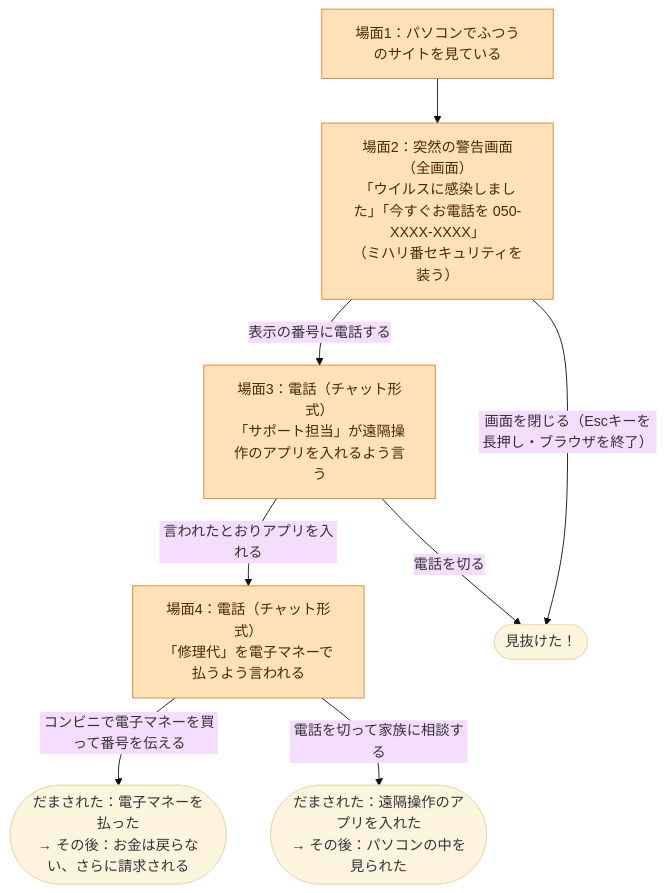
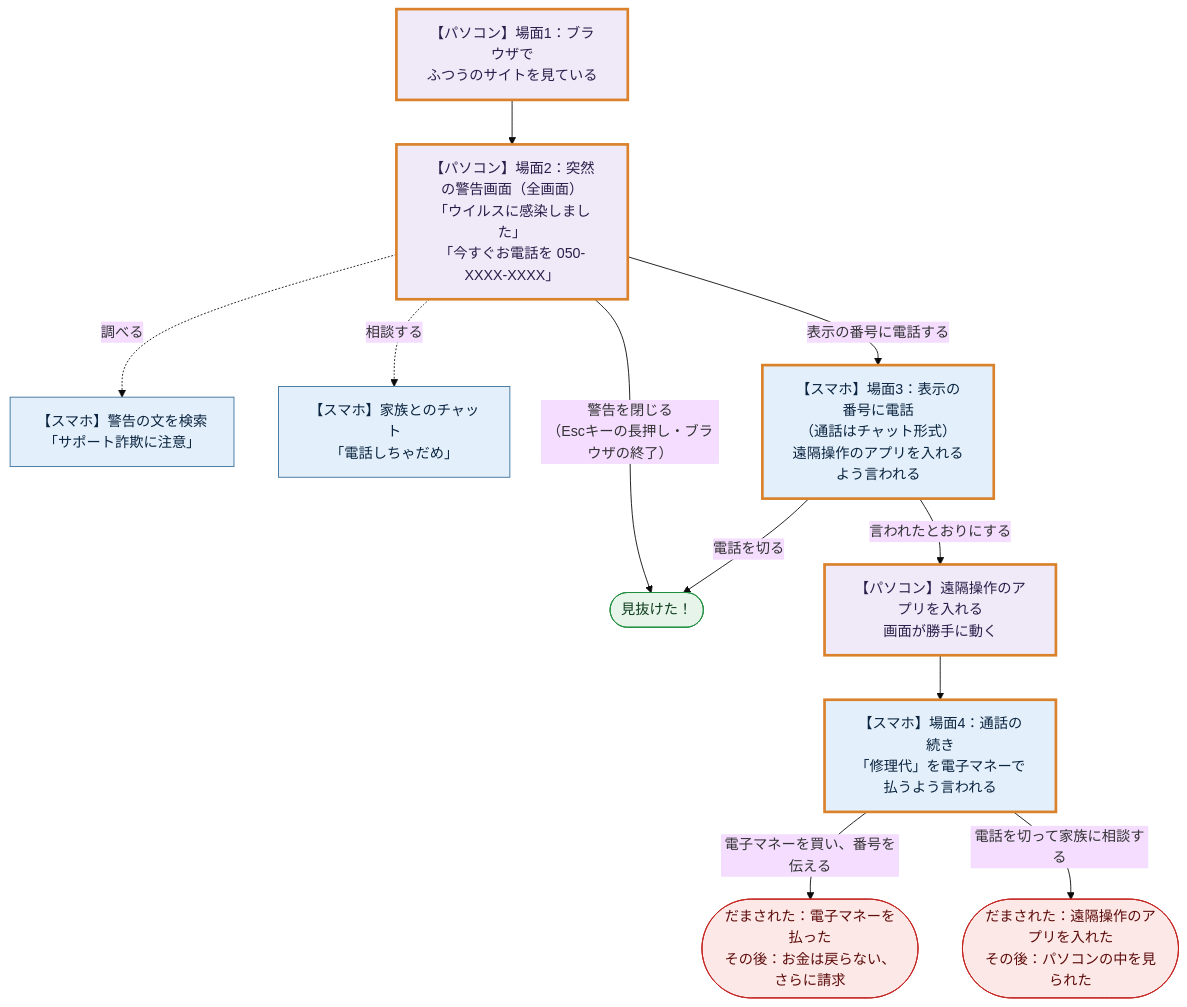
One commit to Atelier2006/graduation-project changed the fifth of 6 diagrams in docs/design/02-screen-flow.md. Above: the diagram before and after it, drawn with Mermaid (base theme). The commit also changed other lines of this file and 9 other files, not shown here.

````diff
--- a/docs/design/02-screen-flow.md
+++ b/docs/design/02-screen-flow.md
@@ -186,20 +220,34 @@
 ```mermaid
 flowchart TD
-    s1["場面1：パソコンでふつうのサイトを見ている"]
-    s2["場面2：突然の警告画面（全画面）<br>「ウイルスに感染しました」「今すぐお電話を 050-XXXX-XXXX」<br>（ミハリ番セキュリティを装う）"]
-    s3["場面3：電話（チャット形式）<br>「サポート担当」が遠隔操作のアプリを入れるよう言う"]
-    s4["場面4：電話（チャット形式）<br>「修理代」を電子マネーで払うよう言われる"]
+    s1["【パソコン】場面1：ブラウザで<br>ふつうのサイトを見ている"]
+    s2["【パソコン】場面2：突然の警告画面（全画面）<br>「ウイルスに感染しました」<br>「今すぐお電話を 050-XXXX-XXXX」"]
+    srch["【スマホ】警告の文を検索<br>「サポート詐欺に注意」"]
+    fam["【スマホ】家族とのチャット<br>「電話しちゃだめ」"]
+    s3["【スマホ】場面3：表示の番号に電話<br>（通話はチャット形式）<br>遠隔操作のアプリを入れるよう言われる"]
+    s3b["【パソコン】遠隔操作のアプリを入れる<br>画面が勝手に動く"]
+    s4["【スマホ】場面4：通話の続き<br>「修理代」を電子マネーで払うよう言われる"]
     ok(["見抜けた！"])
-    ng1(["だまされた：遠隔操作のアプリを入れた<br>→ その後：パソコンの中を見られた"])
-    ng2(["だまされた：電子マネーを払った<br>→ その後：お金は戻らない、さらに請求される"])
+    ng1(["だまされた：遠隔操作のアプリを入れた<br>その後：パソコンの中を見られた"])
+    ng2(["だまされた：電子マネーを払った<br>その後：お金は戻らない、さらに請求"])
     s1 --> s2
+    s2 -.->|"調べる"| srch
+    s2 -.->|"相談する"| fam
+    s2 -->|"警告を閉じる<br>（Escキーの長押し・ブラウザの終了）"| ok
     s2 -->|"表示の番号に電話する"| s3
-    s2 -->|"画面を閉じる（Escキーを長押し・ブラウザを終了）"| ok
-    s3 -->|"言われたとおりアプリを入れる"| s4
     s3 -->|"電話を切る"| ok
-    s4 -->|"コンビニで電子マネーを買って番号を伝える"| ng2
+    s3 -->|"言われたとおりにする"| s3b
+    s3b --> s4
+    s4 -->|"電子マネーを買い、番号を伝える"| ng2
     s4 -->|"電話を切って家族に相談する"| ng1
 
-    classDef fake fill:#FFE2B8,stroke:#d9822b,color:#4a2a00
-    class s1,s2,s3,s4 fake
+    classDef pcScam fill:#efe9f8,stroke:#d9822b,stroke-width:3px,color:#2a1f4a
+    classDef spScam fill:#e3effa,stroke:#d9822b,stroke-width:3px,color:#0b2540
+    classDef sp fill:#e3effa,stroke:#3a6f99,color:#0b2540
+    classDef ok fill:#e6f4ea,stroke:#1e8e3e,color:#0d3b1a
+    classDef ng fill:#fce8e6,stroke:#c5221f,color:#5c0b0a
+    class s1,s2,s3b pcScam
+    class s3,s4 spScam
+    class srch,fam sp
+    class ok ok
+    class ng1,ng2 ng
 ```
````
